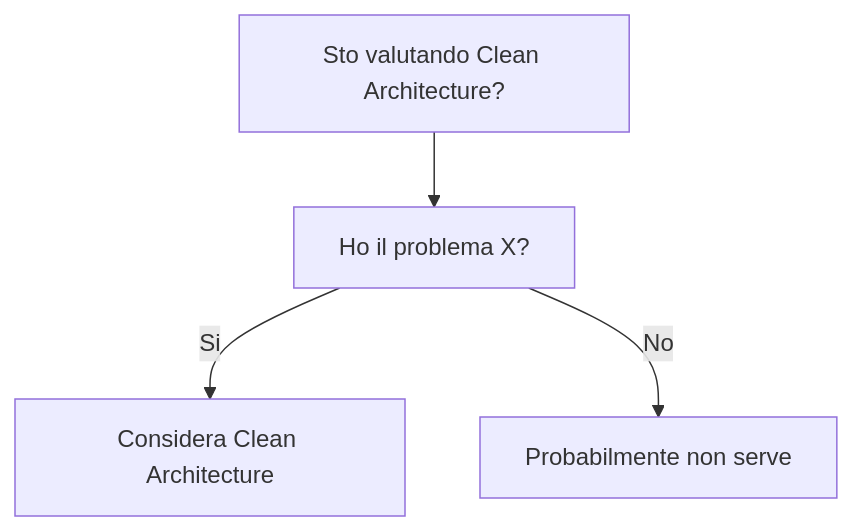
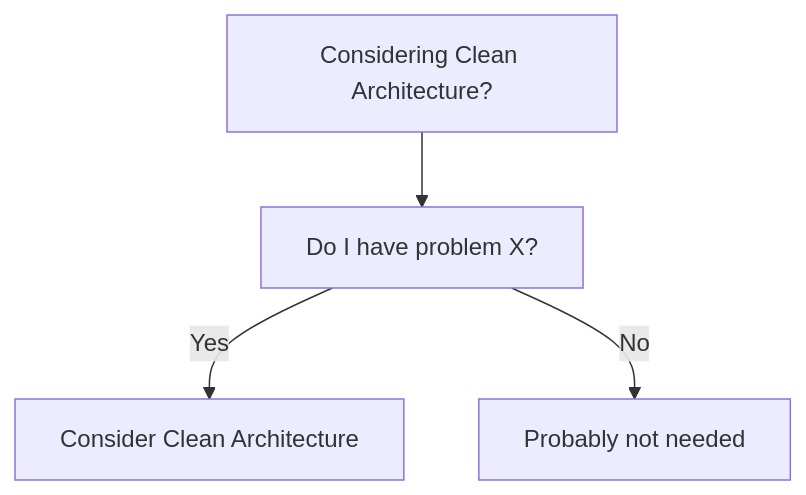
One commit to HxT9/Software-Dev-Wiki changed the diagram in dev-wiki/02_Architecture/Clean_Architecture/When_To_Use.md. Above: the diagram before and after it, drawn with Mermaid. The commit also changed other lines of this file and 3444 other files, not shown here.

````diff
--- a/dev-wiki/02_Architecture/Clean_Architecture/When_To_Use.md
+++ b/dev-wiki/02_Architecture/Clean_Architecture/When_To_Use.md
@@ -19,6 +19,6 @@
 ```mermaid
 flowchart TD
-  Q[Sto valutando Clean Architecture?] --> Q1[Ho il problema X?]
-  Q1 -->|Si| OK[Considera Clean Architecture]
-  Q1 -->|No| NO[Probabilmente non serve]
+  Q[Considering Clean Architecture?] --> Q1[Do I have problem X?]
+  Q1 -->|Yes| OK[Consider Clean Architecture]
+  Q1 -->|No| NO[Probably not needed]
 ```
````
